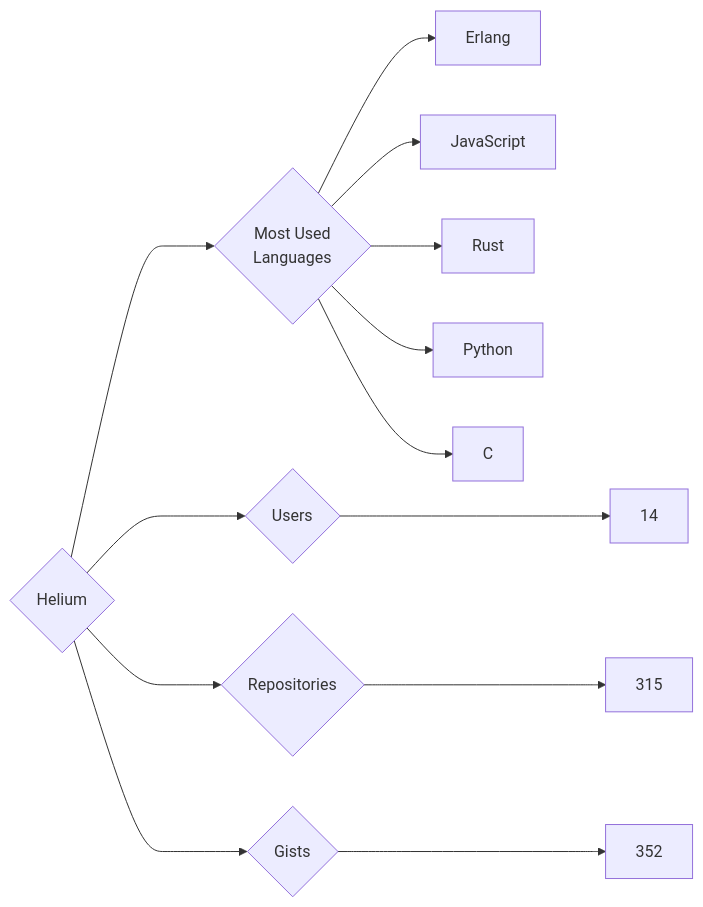
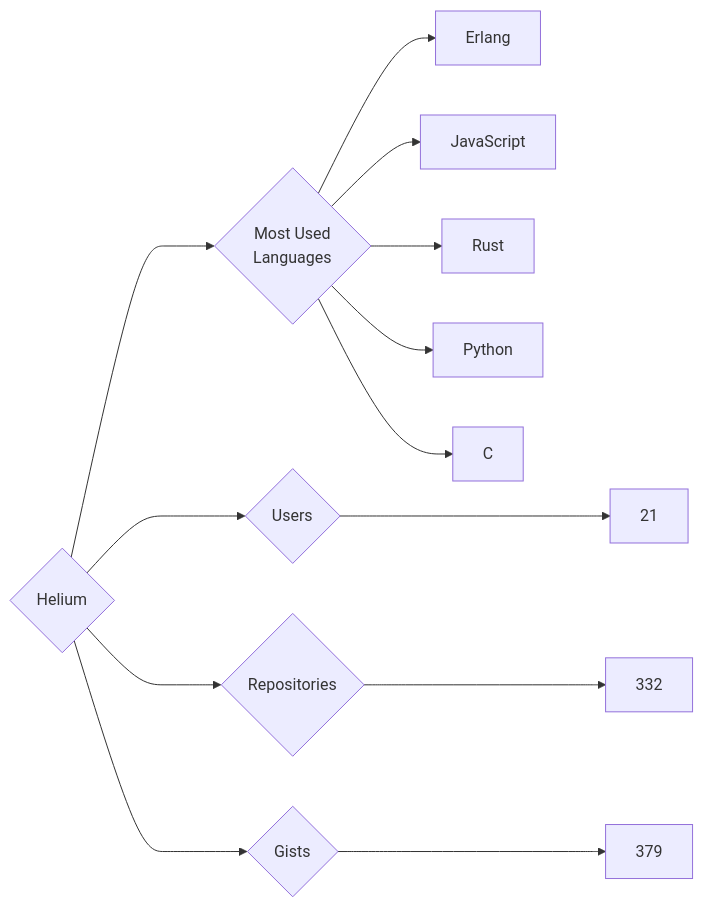
Before and after one commit to trickest/insiders: the diagram in targets/Helium/README.md, drawn with Mermaid. The commit also changed 553 other files, not shown here.

````diff
--- a/targets/Helium/README.md
+++ b/targets/Helium/README.md
@@ -3,13 +3,13 @@
 ```mermaid
 graph LR
 COMPANY_NAME{Helium}
-COMPANY_NAME ---> U{Users} ---> UN[14]
-COMPANY_NAME ---> R{Repositories} ---> RN[315]
-COMPANY_NAME ---> G{Gists} ---> GN[352]
+COMPANY_NAME ---> U{Users} ---> UN[21]
+COMPANY_NAME ---> R{Repositories} ---> RN[332]
+COMPANY_NAME ---> G{Gists} ---> GN[379]
 COMPANY_NAME ---> ML{Most Used<br>Languages}
 ML --> Erlang[Erlang]
 ML --> JavaScript[JavaScript]
 ML --> Rust[Rust]
 ML --> Python[Python]
 ML --> C[C]
 ```
````
